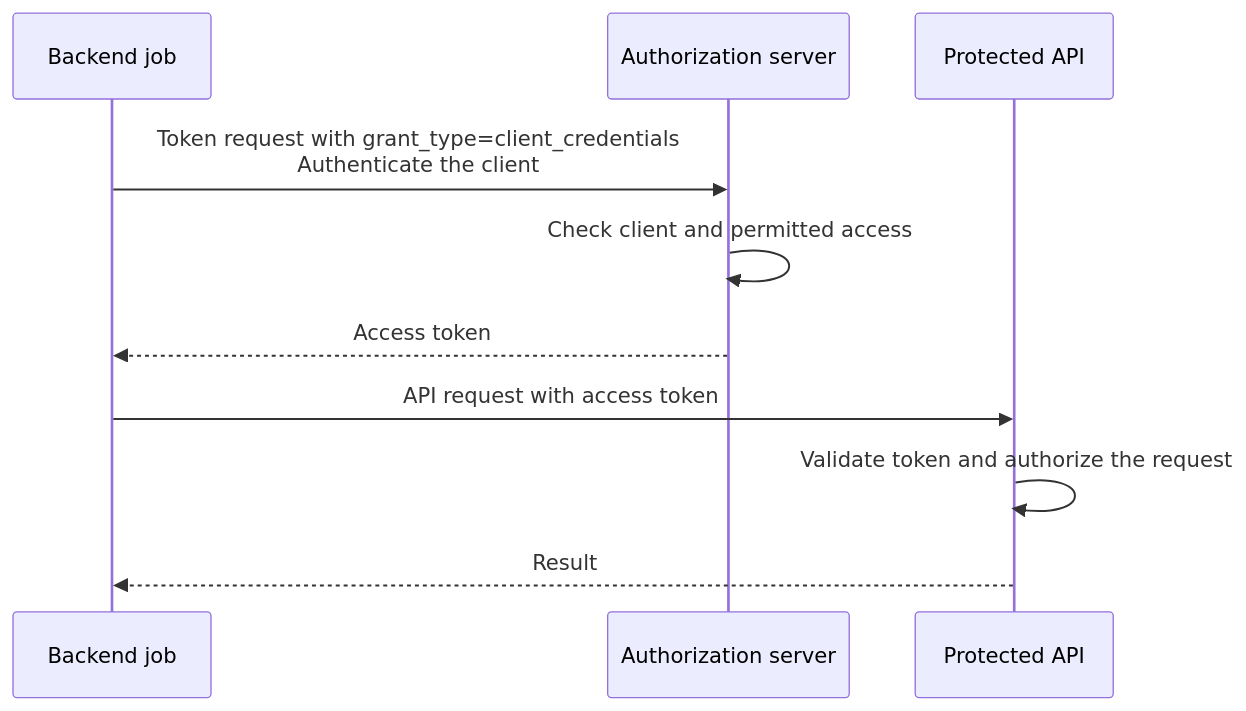
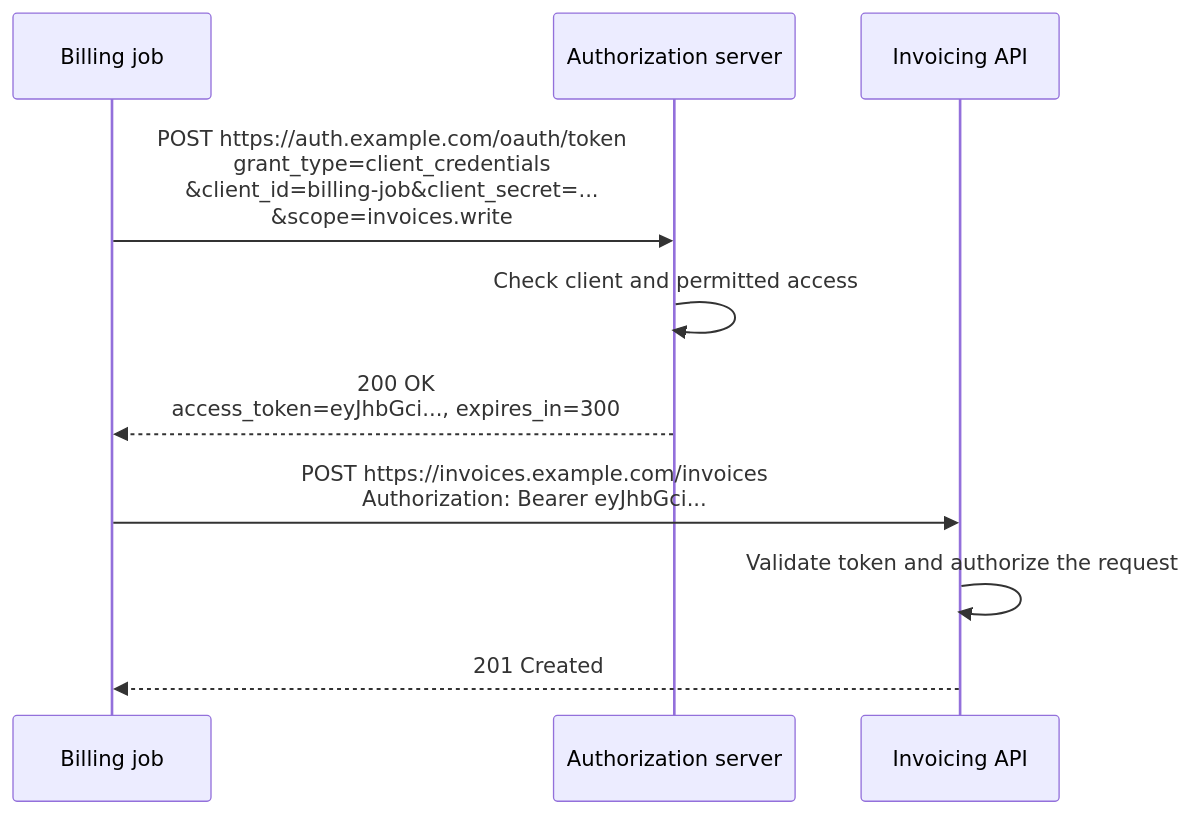
The second of 5 diagrams in cheatsheets/oauth.md (fsw0422/sd-handbook), drawn with Mermaid before and after one commit. The commit also changed other lines of this file and 1 other file, not shown here.

First line of the commit message:
docs: add URLs to OAuth diagrams, explain app-only access, split OIDC from PKCE

````diff
--- a/cheatsheets/oauth.md
+++ b/cheatsheets/oauth.md
@@ -73,13 +92,13 @@
 ```mermaid
 sequenceDiagram
-    participant C as Backend job
+    participant C as Billing job
     participant A as Authorization server
-    participant R as Protected API
+    participant R as Invoicing API
 
-    C->>A: Token request with grant_type=client_credentials<br/>Authenticate the client
+    C->>A: POST https://auth.example.com/oauth/token<br/>grant_type=client_credentials<br/>&client_id=billing-job&client_secret=...<br/>&scope=invoices.write
     A->>A: Check client and permitted access
-    A-->>C: Access token
-    C->>R: API request with access token
+    A-->>C: 200 OK<br/>access_token=eyJhbGci..., expires_in=300
+    C->>R: POST https://invoices.example.com/invoices<br/>Authorization: Bearer eyJhbGci...
     R->>R: Validate token and authorize the request
-    R-->>C: Result
+    R-->>C: 201 Created
 ```
````
